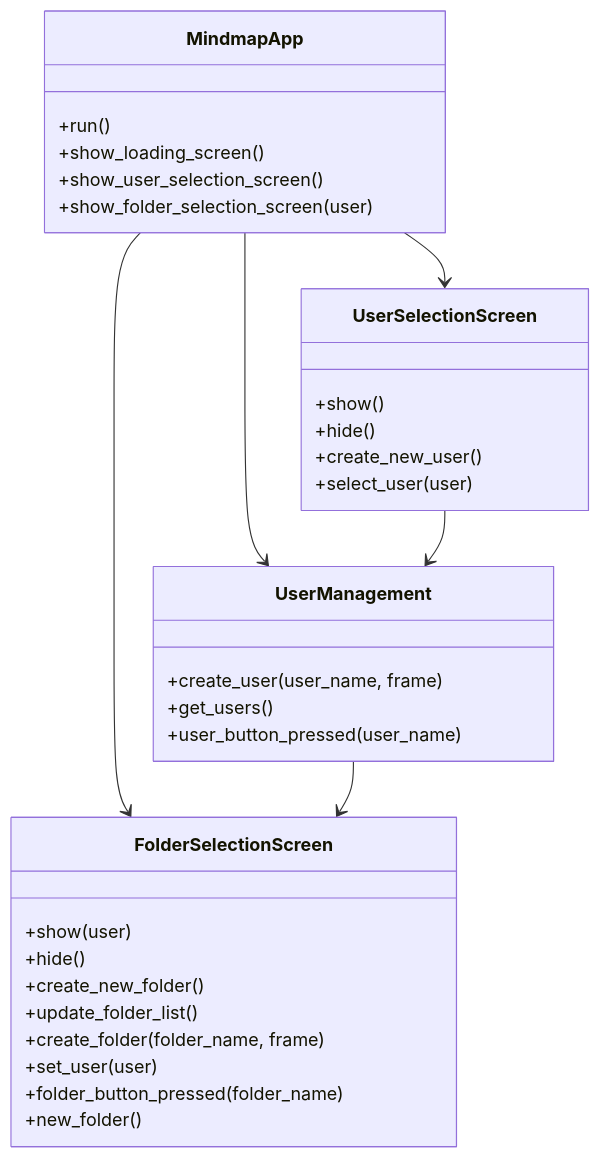
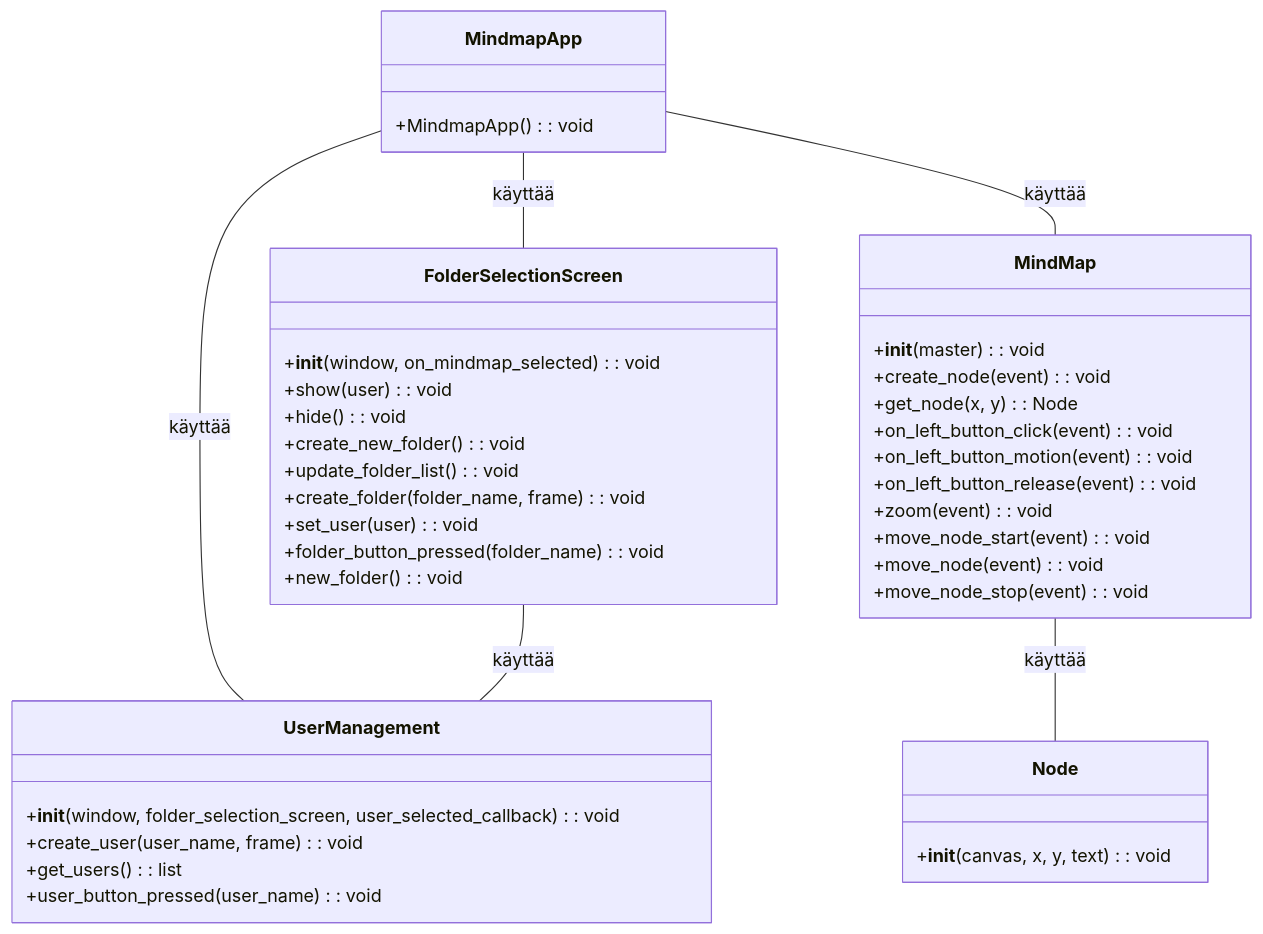
One commit to ErikHuuskonen/ot-harjoitustyo changed the diagram in dokumentaatio/luokkakaavio.md. Above: the diagram before and after it, drawn with Mermaid.

````diff
--- a/dokumentaatio/luokkakaavio.md
+++ b/dokumentaatio/luokkakaavio.md
@@ -1,35 +1,50 @@
 ```mermaid
 classDiagram
-    class MindmapApp {
-        +run()
-        +show_loading_screen()
-        +show_user_selection_screen()
-        +show_folder_selection_screen(user)
-    }
-    class UserSelectionScreen {
-        +show()
-        +hide()
-        +create_new_user()
-        +select_user(user)
-    }
-    class UserManagement {
-        +create_user(user_name, frame)
-        +get_users()
-        +user_button_pressed(user_name)
-    }
-    class FolderSelectionScreen {
-        +show(user)
-        +hide()
-        +create_new_folder()
-        +update_folder_list()
-        +create_folder(folder_name, frame)
-        +set_user(user)
-        +folder_button_pressed(folder_name)
-        +new_folder()
-    }
-    MindmapApp --> UserSelectionScreen
-    MindmapApp --> UserManagement
-    MindmapApp --> FolderSelectionScreen
-    UserSelectionScreen --> UserManagement
-    UserManagement --> FolderSelectionScreen
+
+class MindmapApp {
+    +MindmapApp(): void
+}
+
+class UserManagement {
+    +__init__(window, folder_selection_screen, user_selected_callback): void
+    +create_user(user_name, frame): void
+    +get_users(): list
+    +user_button_pressed(user_name): void
+}
+
+class FolderSelectionScreen {
+    +__init__(window, on_mindmap_selected): void
+    +show(user): void
+    +hide(): void
+    +create_new_folder(): void
+    +update_folder_list(): void
+    +create_folder(folder_name, frame): void
+    +set_user(user): void
+    +folder_button_pressed(folder_name): void
+    +new_folder(): void
+}
+
+class Node {
+    +__init__(canvas, x, y, text): void
+}
+
+class MindMap {
+    +__init__(master): void
+    +create_node(event): void
+    +get_node(x, y): Node
+    +on_left_button_click(event): void
+    +on_left_button_motion(event): void
+    +on_left_button_release(event): void
+    +zoom(event): void
+    +move_node_start(event): void
+    +move_node(event): void
+    +move_node_stop(event): void
+}
+
+MindmapApp -- UserManagement: käyttää
+MindmapApp -- FolderSelectionScreen: käyttää
+MindmapApp -- MindMap: käyttää
+FolderSelectionScreen -- UserManagement: käyttää
+MindMap -- Node: käyttää
+
 ```
````
